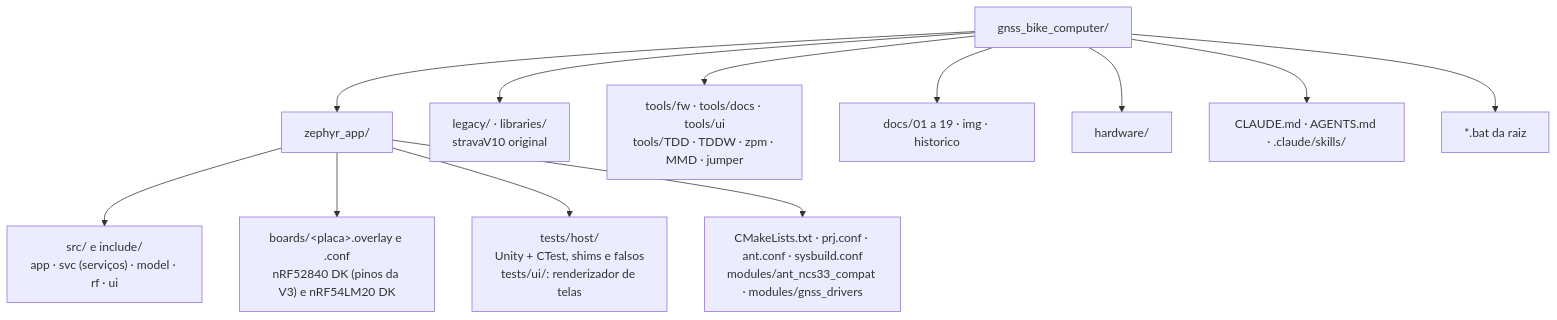
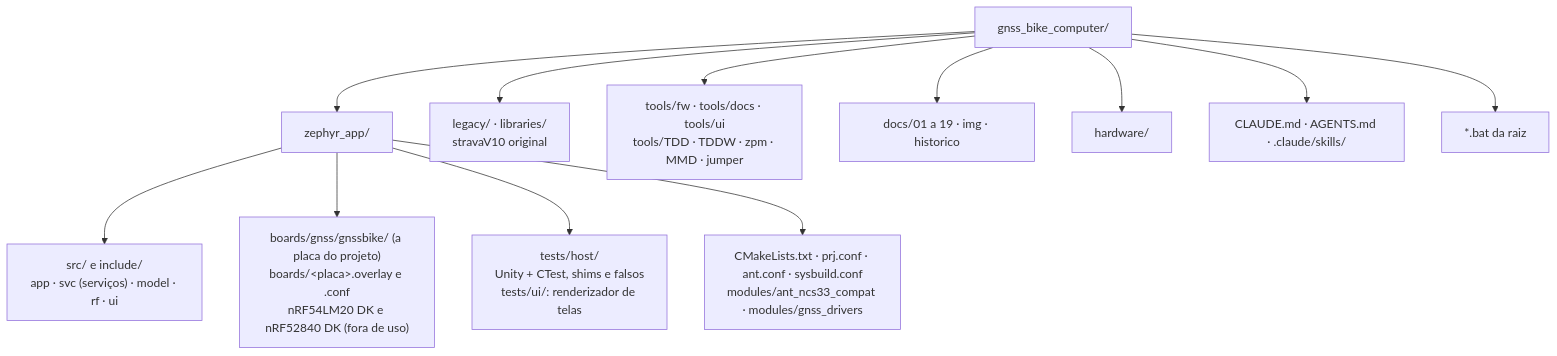
One commit to Guiimartinho/gnss-bike-computer changed the first of 2 diagrams in CLAUDE.md. Above: the diagram before and after it, drawn with Mermaid. The commit also changed other lines of this file and 32 other files, not shown here.

````diff
--- a/CLAUDE.md
+++ b/CLAUDE.md
@@ -58,15 +58,15 @@
 ```mermaid
 flowchart TB
     ROOT["gnss_bike_computer/"]
     ROOT --> ZA["zephyr_app/"]
     ZA --> ZS["src/ e include/<br/>app · svc (serviços) · model · rf · ui"]
-    ZA --> ZB["boards/&lt;placa&gt;.overlay e .conf<br/>nRF52840 DK (pinos da V3) e nRF54LM20 DK"]
+    ZA --> ZB["boards/gnss/gnssbike/ (a placa do projeto)<br/>boards/&lt;placa&gt;.overlay e .conf<br/>nRF54LM20 DK e nRF52840 DK (fora de uso)"]
     ZA --> ZT["tests/host/<br/>Unity + CTest, shims e falsos<br/>tests/ui/: renderizador de telas"]
     ZA --> ZC["CMakeLists.txt · prj.conf · ant.conf · sysbuild.conf<br/>modules/ant_ncs33_compat · modules/gnss_drivers"]
     ROOT --> LEG["legacy/ · libraries/<br/>stravaV10 original"]
     ROOT --> TOOLS["tools/fw · tools/docs · tools/ui<br/>tools/TDD · TDDW · zpm · MMD · jumper"]
     ROOT --> DOCS["docs/01 a 19 · img · historico"]
     ROOT --> HW["hardware/"]
     ROOT --> AI["CLAUDE.md · AGENTS.md · .claude/skills/"]
     ROOT --> BAT["*.bat da raiz"]
 ```
````
